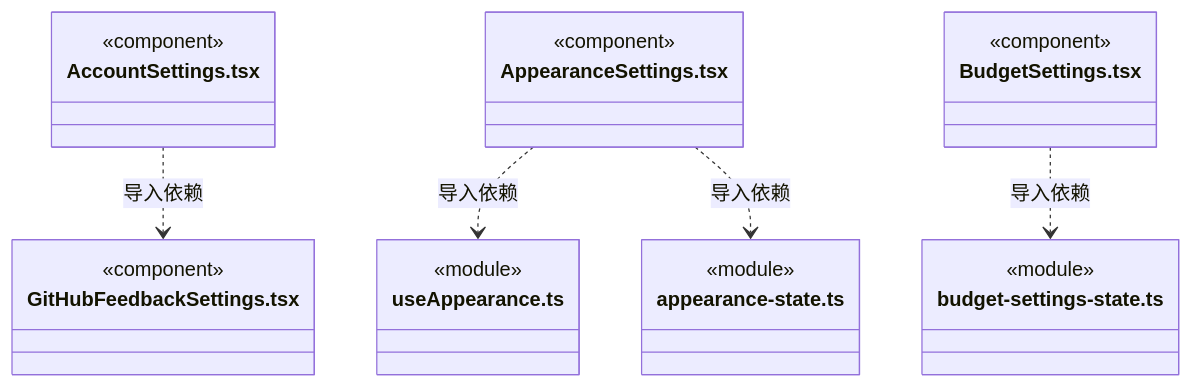
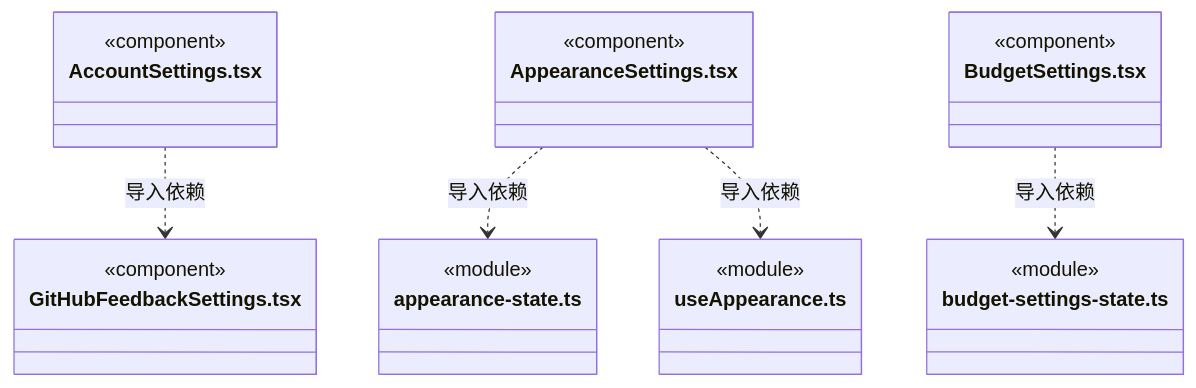
One commit to nan023062/cbim changed diagram 29 of 34 in src/view/settings/ARCHITECTURE.md. Above: the diagram before and after it, drawn with Mermaid. The commit also changed other lines of this file and 112 other files, not shown here.

Commit message:
docs: align source architecture with current declarations and contracts

````diff
--- a/src/view/settings/ARCHITECTURE.md
+++ b/src/view/settings/ARCHITECTURE.md
@@ -545,28 +545,28 @@
 ```mermaid
 classDiagram
 class N_src_view_settings_AccountSettings_tsx["AccountSettings.tsx"] {
   <<component>>
 }
 class N_src_view_settings_GitHubFeedbackSettings_tsx["GitHubFeedbackSettings.tsx"] {
   <<component>>
 }
 class N_src_view_settings_AppearanceSettings_tsx["AppearanceSettings.tsx"] {
   <<component>>
 }
-class N_src_view_settings_useAppearance_ts["useAppearance.ts"] {
+class N_src_view_settings_appearance_state_ts["appearance-state.ts"] {
   <<module>>
 }
-class N_src_view_settings_appearance_state_ts["appearance-state.ts"] {
+class N_src_view_settings_useAppearance_ts["useAppearance.ts"] {
   <<module>>
 }
 class N_src_view_settings_BudgetSettings_tsx["BudgetSettings.tsx"] {
   <<component>>
 }
 class N_src_view_settings_budget_settings_state_ts["budget-settings-state.ts"] {
   <<module>>
 }
 N_src_view_settings_AccountSettings_tsx ..> N_src_view_settings_GitHubFeedbackSettings_tsx : 导入依赖
+N_src_view_settings_AppearanceSettings_tsx ..> N_src_view_settings_appearance_state_ts : 导入依赖
 N_src_view_settings_AppearanceSettings_tsx ..> N_src_view_settings_useAppearance_ts : 导入依赖
-N_src_view_settings_AppearanceSettings_tsx ..> N_src_view_settings_appearance_state_ts : 导入依赖
 N_src_view_settings_BudgetSettings_tsx ..> N_src_view_settings_budget_settings_state_ts : 导入依赖
 ```
````
